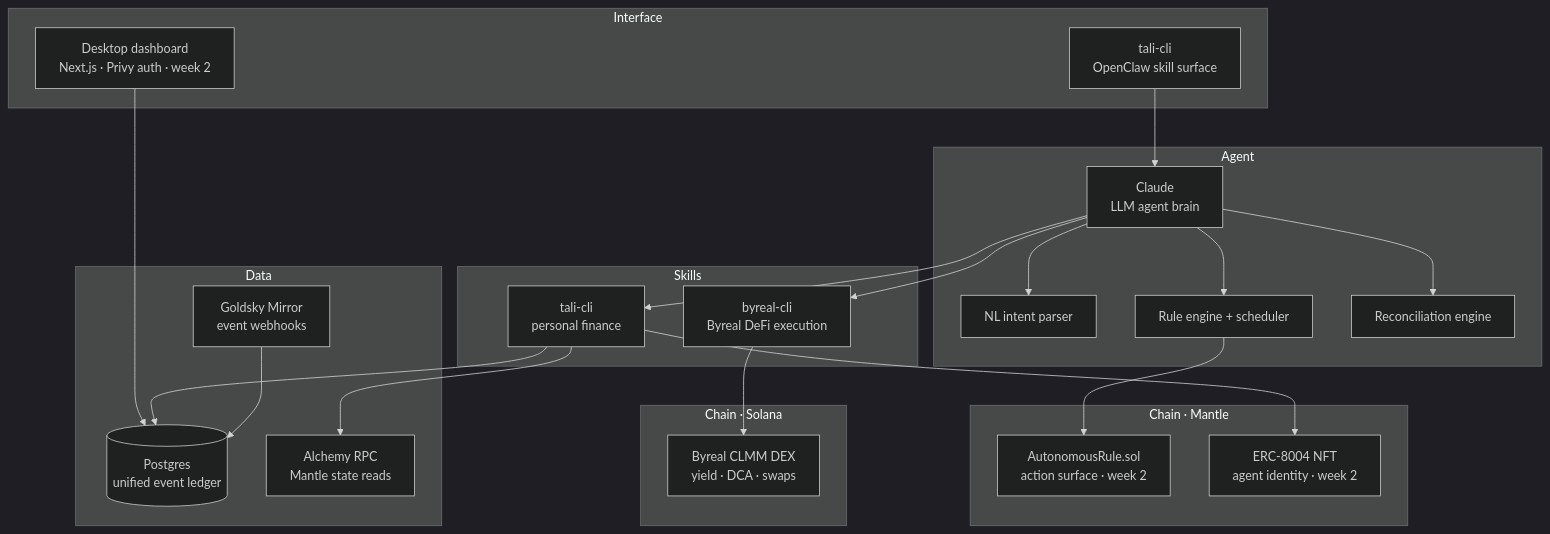
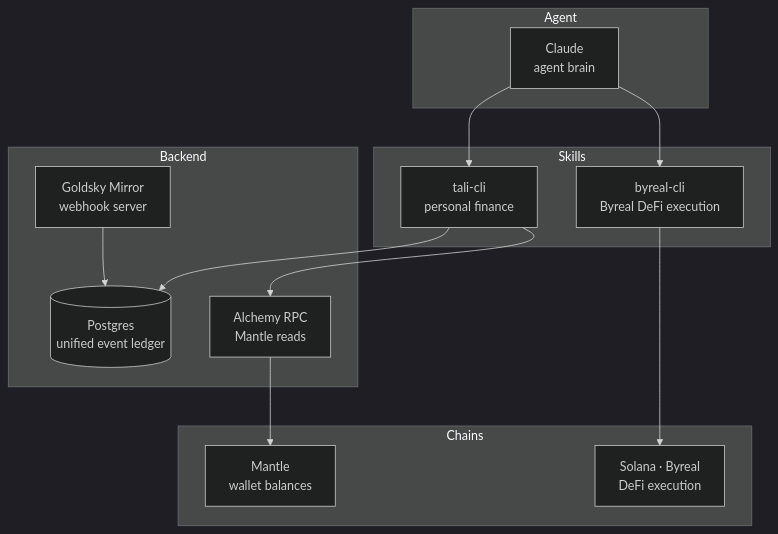
One commit to aliyanamu/tali changed the diagram in docs/architecture.md. Above: the diagram before and after it, drawn with Mermaid (dark theme). The commit also changed other lines of this file and 11 other files, not shown here.

````diff
--- a/docs/architecture.md
+++ b/docs/architecture.md
@@ -23,48 +13,30 @@
 ```mermaid
 graph TD
-    subgraph Interface
-        CLI[tali-cli<br/>OpenClaw skill surface]
-        WEB[Desktop dashboard<br/>Next.js · Privy auth · week 2]
-    end
-
-    subgraph Agent
-        CLAUDE[Claude<br/>LLM agent brain]
-        NL[NL intent parser]
-        RULES[Rule engine + scheduler]
-        RECON[Reconciliation engine]
-    end
-
     subgraph Skills
         TALI[tali-cli<br/>personal finance]
         BYREAL[byreal-cli<br/>Byreal DeFi execution]
     end
 
-    subgraph Data
-        PG[(Postgres<br/>unified event ledger)]
-        GS[Goldsky Mirror<br/>event webhooks]
-        ALC[Alchemy RPC<br/>Mantle state reads]
+    subgraph Agent
+        CLAUDE[Claude<br/>agent brain]
     end
 
-    subgraph Mantle[Chain · Mantle]
-        AR[AutonomousRule.sol<br/>action surface · week 2]
-        NFT[ERC-8004 NFT<br/>agent identity · week 2]
+    subgraph Backend
+        GS[Goldsky Mirror<br/>webhook server]
+        PG[(Postgres<br/>unified event ledger)]
+        ALC[Alchemy RPC<br/>Mantle reads]
     end
 
-    subgraph Solana[Chain · Solana]
-        DEX[Byreal CLMM DEX<br/>yield · DCA · swaps]
+    subgraph Chains
+        MNT[Mantle<br/>wallet balances]
+        SOL[Solana · Byreal<br/>DeFi execution]
     end
 
-    CLI --> CLAUDE
-    WEB --> PG
-    CLAUDE --> NL
-    CLAUDE --> RULES
-    CLAUDE --> RECON
     CLAUDE --> TALI
     CLAUDE --> BYREAL
+    TALI --> ALC
     TALI --> PG
-    TALI --> ALC
     GS --> PG
-    BYREAL --> DEX
-    TALI --> NFT
-    RULES --> AR
+    ALC --> MNT
+    BYREAL --> SOL
 ```
````
